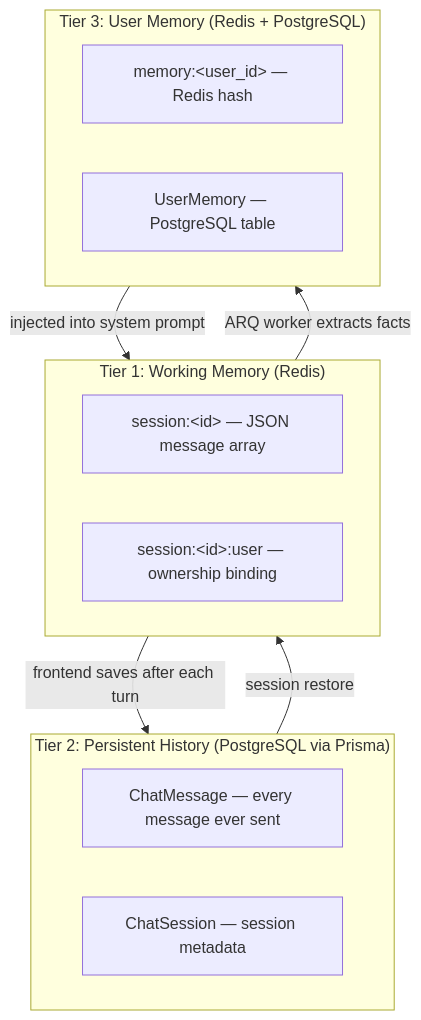
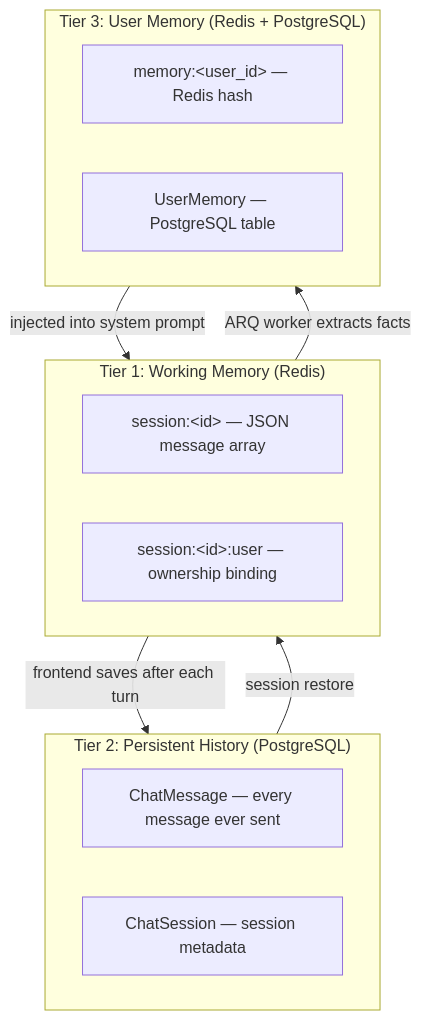
Before and after one commit to Pragadeesh122/AgenticRag: the first of 2 diagrams in docs/architecture/memory.md, drawn with Mermaid. The commit also changed other lines of this file and 6 other files, not shown here.

Commit message:
updated architecture docs

````diff
--- a/docs/architecture/memory.md
+++ b/docs/architecture/memory.md
@@ -7,22 +7,22 @@
 ```mermaid
 flowchart TD
     subgraph Tier1["Tier 1: Working Memory (Redis)"]
         S["session:&lt;id&gt; — JSON message array"]
         U["session:&lt;id&gt;:user — ownership binding"]
     end
 
-    subgraph Tier2["Tier 2: Persistent History (PostgreSQL via Prisma)"]
+    subgraph Tier2["Tier 2: Persistent History (PostgreSQL)"]
         CM["ChatMessage — every message ever sent"]
         CS["ChatSession — session metadata"]
     end
 
     subgraph Tier3["Tier 3: User Memory (Redis + PostgreSQL)"]
         RM["memory:&lt;user_id&gt; — Redis hash"]
         UM["UserMemory — PostgreSQL table"]
     end
 
     Tier1 -->|"frontend saves after each turn"| Tier2
     Tier1 -->|"ARQ worker extracts facts"| Tier3
     Tier2 -->|"session restore"| Tier1
     Tier3 -->|"injected into system prompt"| Tier1
 ```
````
